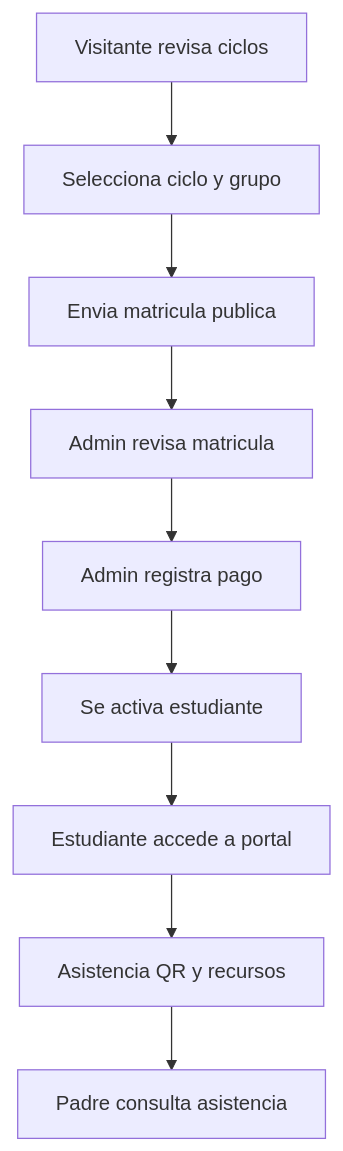
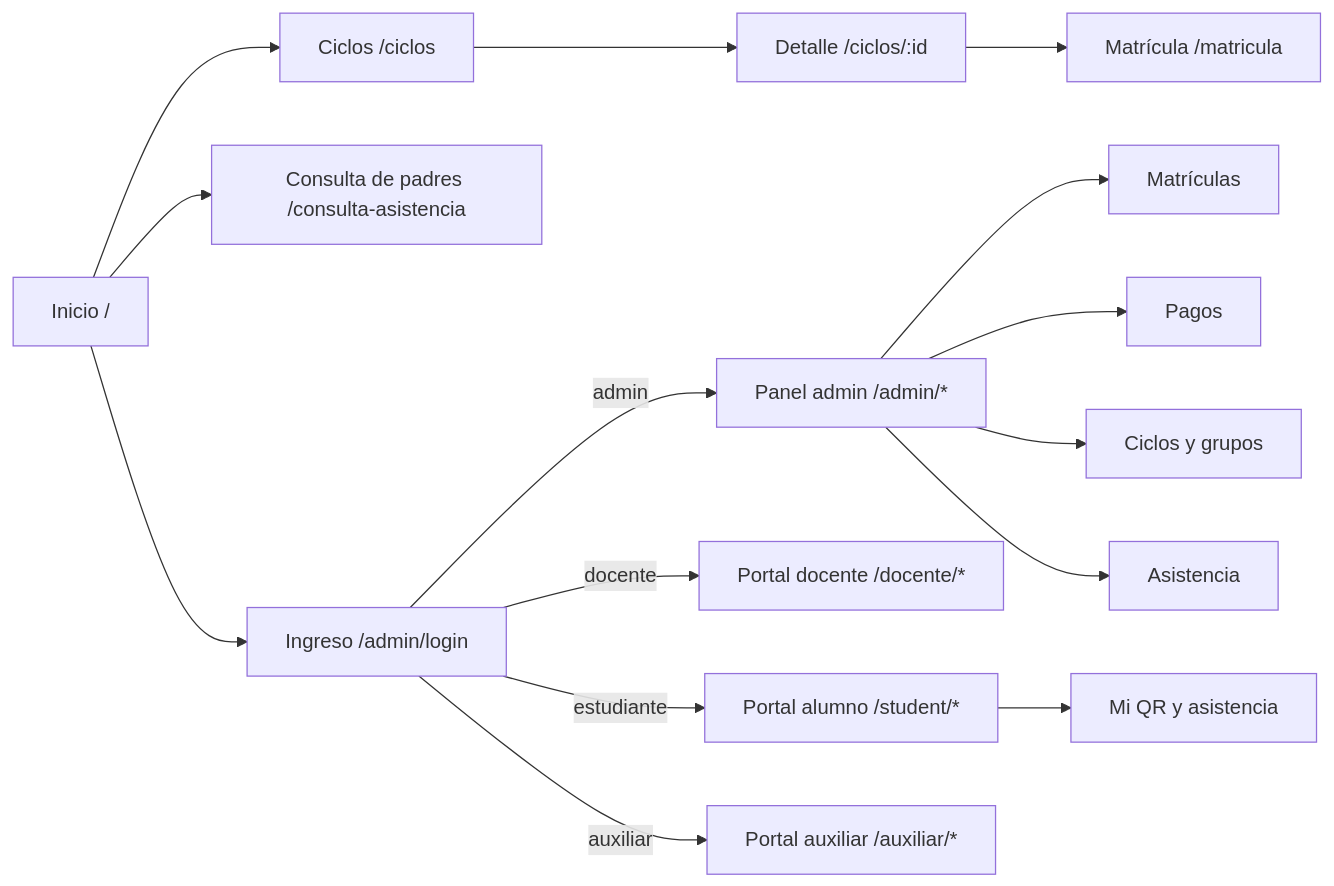
Before and after one commit to yucradavid/Perfil-de-egreso-Plataforma-Web-Integral-CERMAT: the first of 12 diagrams in docs/e1-definicion-sistema-ce021.md, drawn with Mermaid. The commit also changed other lines of this file and 50 other files, not shown here.

````diff
--- a/docs/e1-definicion-sistema-ce021.md
+++ b/docs/e1-definicion-sistema-ce021.md
@@ -210,11 +121,14 @@
 ```mermaid
-flowchart TD
-  A["Visitante revisa ciclos"] --> B["Selecciona ciclo y grupo"]
-  B --> C["Envia matricula publica"]
-  C --> D["Admin revisa matricula"]
-  D --> E["Admin registra pago"]
-  E --> F["Se activa estudiante"]
-  F --> G["Estudiante accede a portal"]
-  G --> H["Asistencia QR y recursos"]
-  H --> I["Padre consulta asistencia"]
+flowchart LR
+  Inicio["Inicio /"] --> Ciclos["Ciclos /ciclos"]
+  Ciclos --> Detalle["Detalle /ciclos/:id"]
+  Detalle --> Matricula["Matrícula /matricula"]
+  Inicio --> Consulta["Consulta de padres /consulta-asistencia"]
+  Inicio --> Login["Ingreso /admin/login"]
+  Login -->|admin| Admin["Panel admin /admin/*"]
+  Login -->|docente| Docente["Portal docente /docente/*"]
+  Login -->|estudiante| Alumno["Portal alumno /student/*"]
+  Login -->|auxiliar| Auxiliar["Portal auxiliar /auxiliar/*"]
+  Admin --> AM["Matrículas"] & AP["Pagos"] & AC["Ciclos y grupos"] & AA["Asistencia"]
+  Alumno --> QR["Mi QR y asistencia"]
 ```
````
